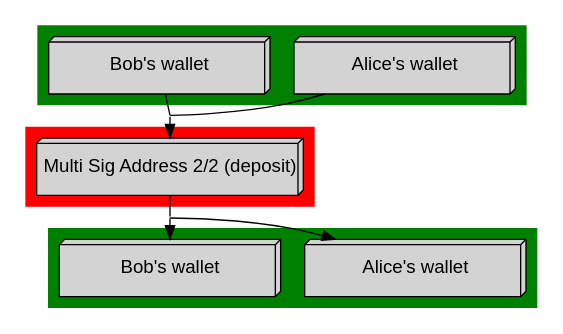
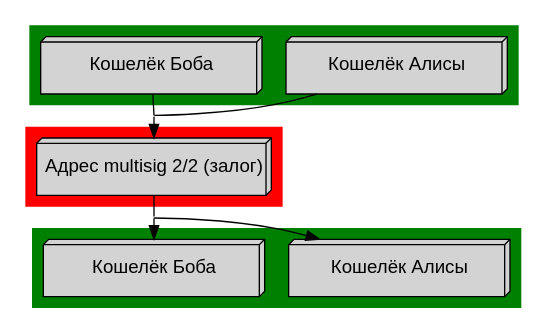
One commit to starius/harb-lapis changed the diagram in multisig-escrow/escrow.dot. Above: the diagram before and after it, drawn with Graphviz.

Commit message:
escrow: translate into Russian

```diff
--- a/multisig-escrow/escrow.dot
+++ b/multisig-escrow/escrow.dot
@@ -1,39 +1,39 @@
 digraph G {
     ranksep=0.2;
     rankdir=TB;
 
     node [style=filled, shape=box3d,
         width=2.3, height=0.6, fontname="Arial"];
 
     subgraph cluster_inputs {
         style = filled;
         color = green;
-        alice_input [label="Alice's wallet"];
-        bob_input [label="Bob's wallet"];
+        alice_input [label="Кошелёк Алисы"];
+        bob_input [label="Кошелёк Боба"];
     }
 
     subgraph cluster_multisig {
         style = filled;
         color = red;
-        multisig_address [label="Multi Sig Address 2/2 (deposit)"];
+        multisig_address [label="Адрес multisig 2/2 (залог)"];
     }
 
     subgraph cluster_outputs {
         style = filled;
         color = green;
-        alice_output [label="Alice's wallet"];
-        bob_output [label="Bob's wallet"];
+        alice_output [label="Кошелёк Алисы"];
+        bob_output [label="Кошелёк Боба"];
     }
 
     node[shape=none, width=0, height=0, label=""];
     edge[dir=none];
     alice_input -> dummy_input;
     bob_input -> dummy_input;
     edge[dir=forward];
     dummy_input -> multisig_address;
     edge[dir=none];
     multisig_address -> dummy_output;
     edge[dir=forward];
     dummy_output -> alice_output;
     dummy_output -> bob_output;
 }
```
